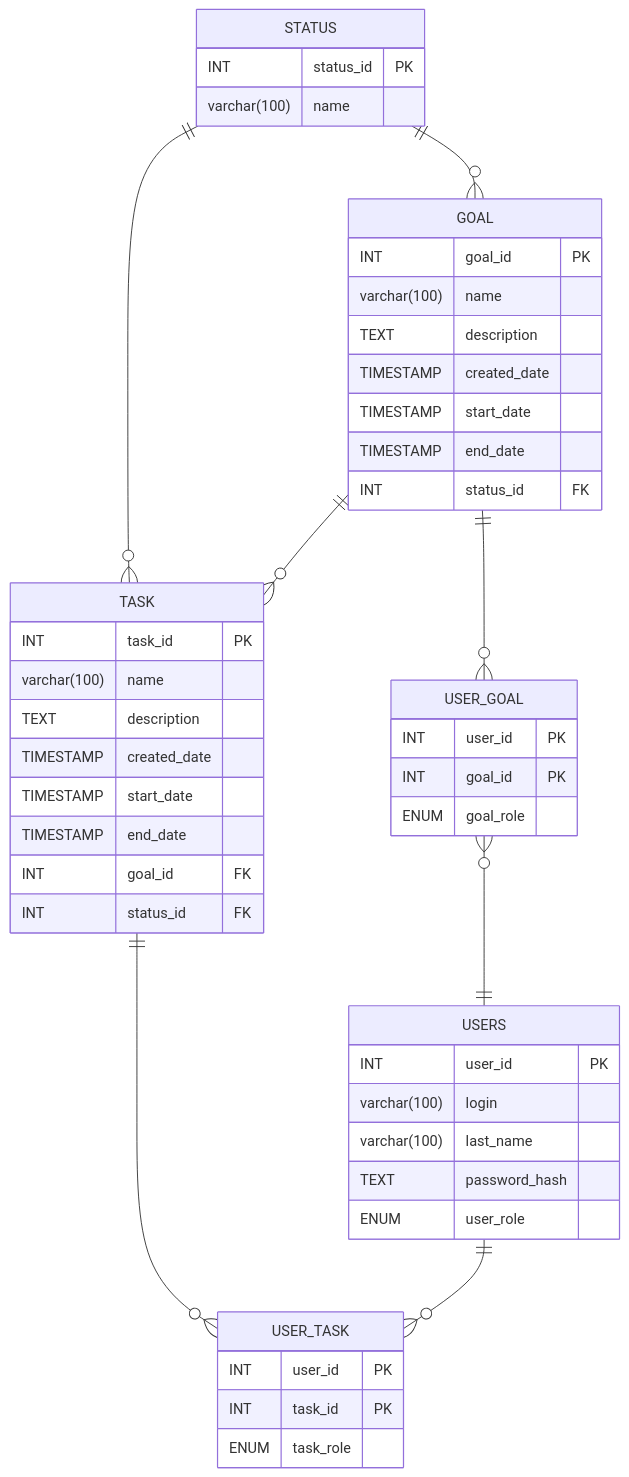
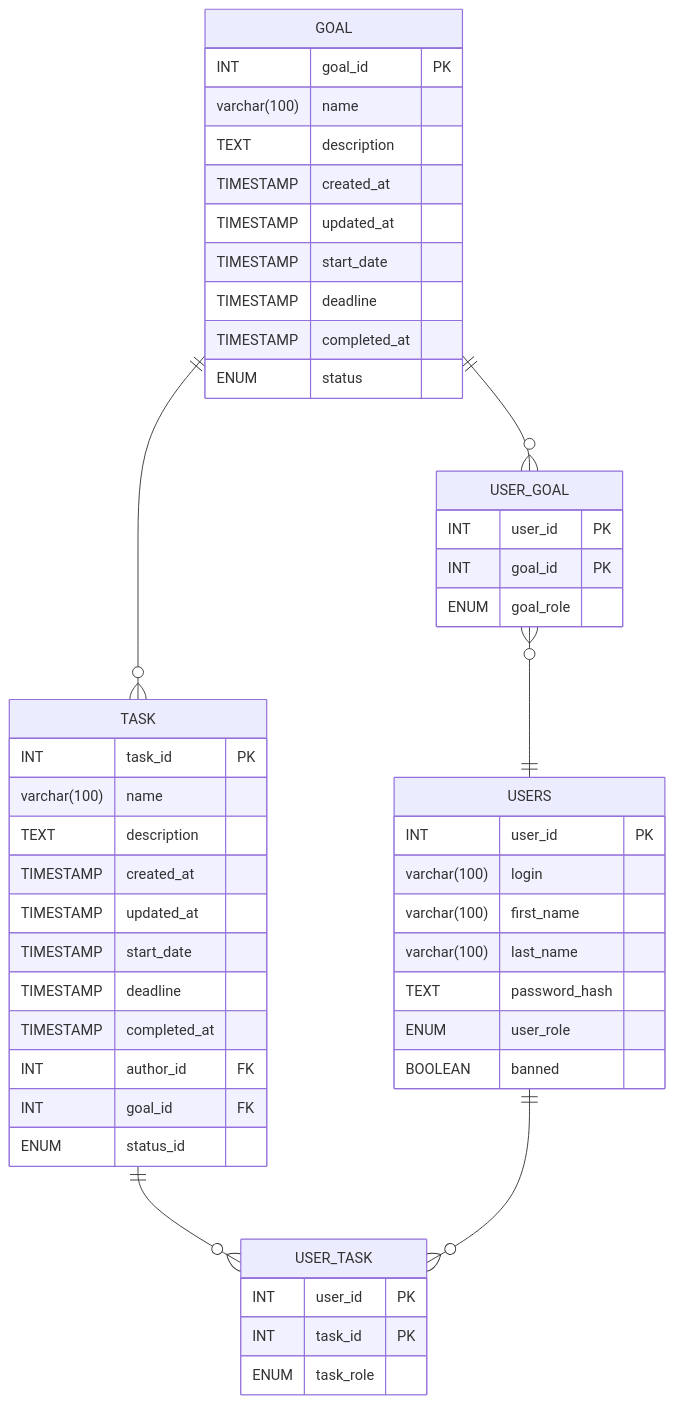
The first of 3 diagrams in README.md (MrPranikof/TManage), drawn with Mermaid before and after one commit. The commit also changed other lines of this file, not shown here.

````diff
--- a/README.md
+++ b/README.md
@@ -147,56 +95,56 @@
 ```mermaid
 erDiagram
-    STATUS ||--o{ TASK : " "
     TASK ||--o{ USER_TASK : " "
     USERS ||--o{ USER_TASK : " "
-    STATUS ||--o{ GOAL : " "
     GOAL ||--o{ USER_GOAL : " "
     USER_GOAL }o--|| USERS : " "
     GOAL ||--o{ TASK : ""
 
-  STATUS {
-      INT status_id PK
-      varchar(100) name
-  }
-  
   USERS {
       INT user_id PK
       varchar(100) login
+      varchar(100) first_name
       varchar(100) last_name
       TEXT password_hash
       ENUM user_role
+      BOOLEAN banned
   }
   
   GOAL {
       INT goal_id PK
       varchar(100) name
       TEXT description
-      TIMESTAMP created_date
+      TIMESTAMP created_at
+      TIMESTAMP updated_at
       TIMESTAMP start_date
-      TIMESTAMP end_date
-      INT status_id FK
+      TIMESTAMP deadline
+      TIMESTAMP completed_at
+      ENUM status
   }
   
   TASK {
       INT task_id PK
       varchar(100) name
       TEXT description
-      TIMESTAMP created_date
+      TIMESTAMP created_at
+      TIMESTAMP updated_at
       TIMESTAMP start_date
-      TIMESTAMP end_date
+      TIMESTAMP deadline
+      TIMESTAMP completed_at
+      INT author_id FK
       INT goal_id FK
-      INT status_id FK
+      ENUM status_id
   }
   
   USER_TASK {
       INT user_id PK
       INT task_id PK
       ENUM task_role
   }
   
   USER_GOAL {
       INT user_id PK
       INT goal_id PK
       ENUM goal_role
   }
 ```
````
